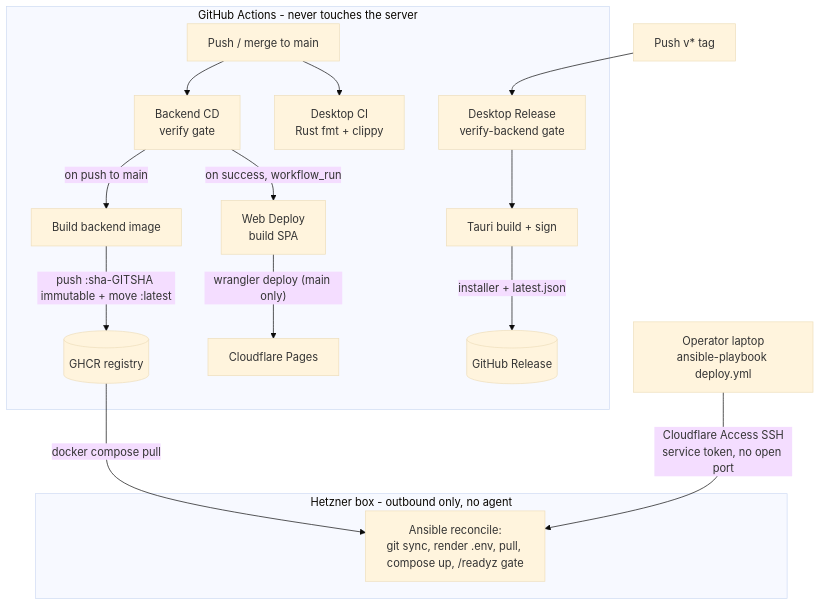
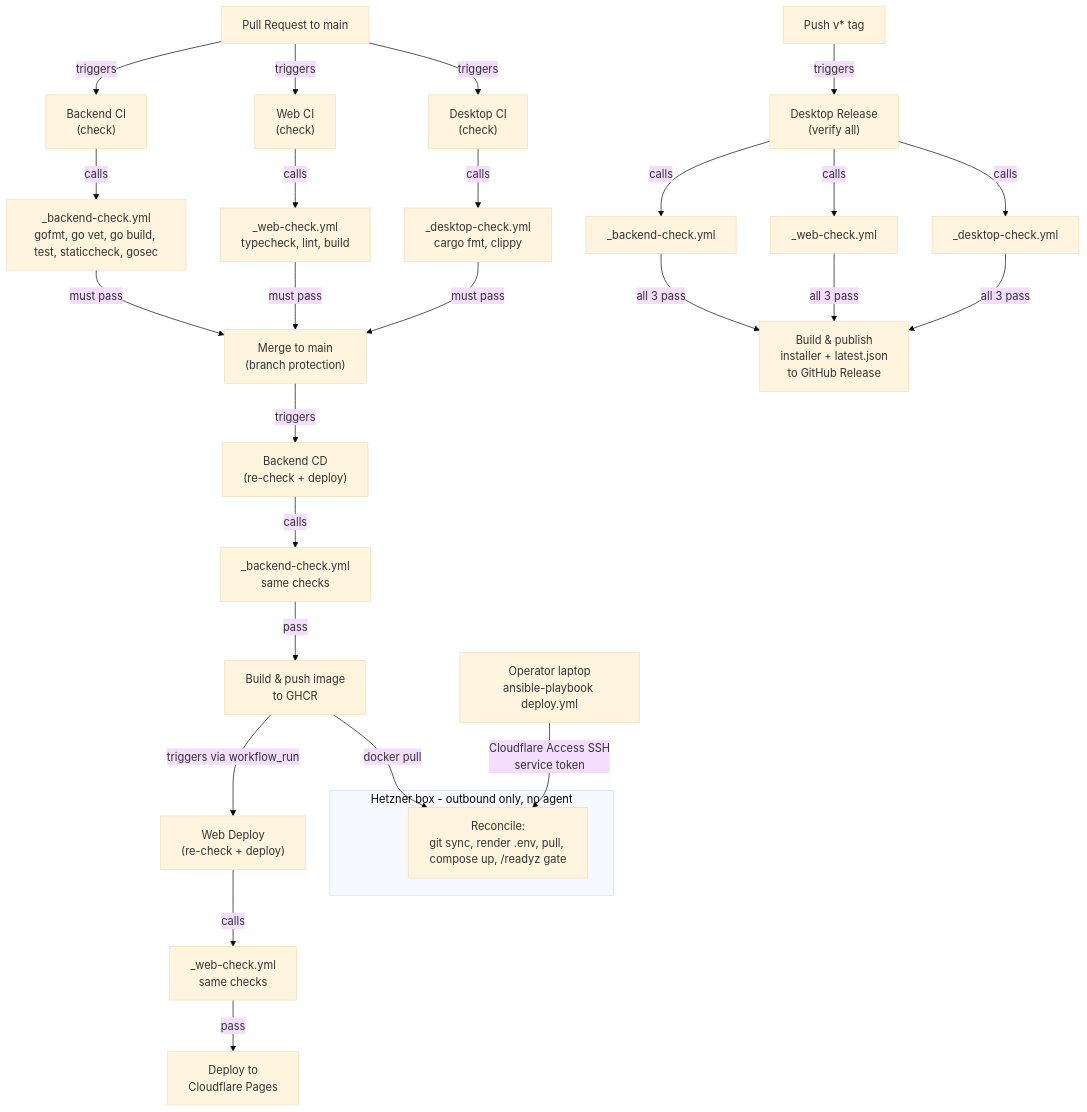
The seventh of 10 diagrams in docs/architecture.md (ducktivity/drinkwater), drawn with Mermaid (base theme) before and after one commit. The commit also changed other lines of this file and 4 other files, not shown here.

````diff
--- a/docs/architecture.md
+++ b/docs/architecture.md
@@ -202,23 +206,37 @@
 ```mermaid
 graph TD
-    Push[Push / merge to main] --> BCI
-    Tag[Push v* tag] --> DREL
+    PR["Pull Request to main"] -->|triggers| CIB["Backend CI<br/>(check)"]
+    PR -->|triggers| CIW["Web CI<br/>(check)"]
+    PR -->|triggers| CID["Desktop CI<br/>(check)"]
 
-    subgraph CI["GitHub Actions - never touches the server"]
-        BCI["Backend CD<br/>verify gate"] -->|on push to main| Img[Build backend image]
-        Img -->|"push :sha-GITSHA immutable + move :latest"| GHCR[(GHCR registry)]
-        BCI -->|"on success, workflow_run"| FE["Web Deploy<br/>build SPA"]
-        FE -->|"wrangler deploy (main only)"| Pages[Cloudflare Pages]
-        Push --> DCI["Desktop CI<br/>Rust fmt + clippy"]
+    CIB -->|calls| CheckB["_backend-check.yml<br/>gofmt, go vet, go build, test, staticcheck, gosec"]
+    CIW -->|calls| CheckW["_web-check.yml<br/>typecheck, lint, build"]
+    CID -->|calls| CheckD["_desktop-check.yml<br/>cargo fmt, clippy"]
 
-        DREL["Desktop Release<br/>verify-backend gate"] --> DBuild[Tauri build + sign]
-        DBuild -->|"installer + latest.json"| GHREL[(GitHub Release)]
-    end
+    CheckB -->|must pass| Merge["Merge to main<br/>(branch protection)"]
+    CheckW -->|must pass| Merge
+    CheckD -->|must pass| Merge
 
-    Laptop["Operator laptop<br/>ansible-playbook deploy.yml"] -->|"Cloudflare Access SSH<br/>service token, no open port"| Box
-    GHCR -->|docker compose pull| Box
+    Merge -->|triggers| CDB["Backend CD<br/>(re-check + deploy)"]
+    CDB -->|calls| CheckB2["_backend-check.yml<br/>same checks"]
+    CheckB2 -->|pass| Img["Build & push image<br/>to GHCR"]
+
+    Img -->|triggers via workflow_run| CDW["Web Deploy<br/>(re-check + deploy)"]
+    CDW -->|calls| CheckW2["_web-check.yml<br/>same checks"]
+    CheckW2 -->|pass| Pages["Deploy to<br/>Cloudflare Pages"]
+
+    Tag["Push v* tag"] -->|triggers| CDD["Desktop Release<br/>(verify all)"]
+    CDD -->|calls| CheckB3["_backend-check.yml"]
+    CDD -->|calls| CheckW3["_web-check.yml"]
+    CDD -->|calls| CheckD3["_desktop-check.yml"]
+    CheckB3 -->|all 3 pass| DBuild["Build & publish<br/>installer + latest.json<br/>to GitHub Release"]
+    CheckW3 -->|all 3 pass| DBuild
+    CheckD3 -->|all 3 pass| DBuild
+
+    Img -->|docker pull| Box
+    Laptop["Operator laptop<br/>ansible-playbook deploy.yml"] -->|"Cloudflare Access SSH<br/>service token"| Box
 
     subgraph HZ["Hetzner box - outbound only, no agent"]
-        Box["Ansible reconcile:<br/>git sync, render .env, pull, compose up, /readyz gate"]
+        Box["Reconcile:<br/>git sync, render .env, pull, compose up, /readyz gate"]
     end
 ```
````
